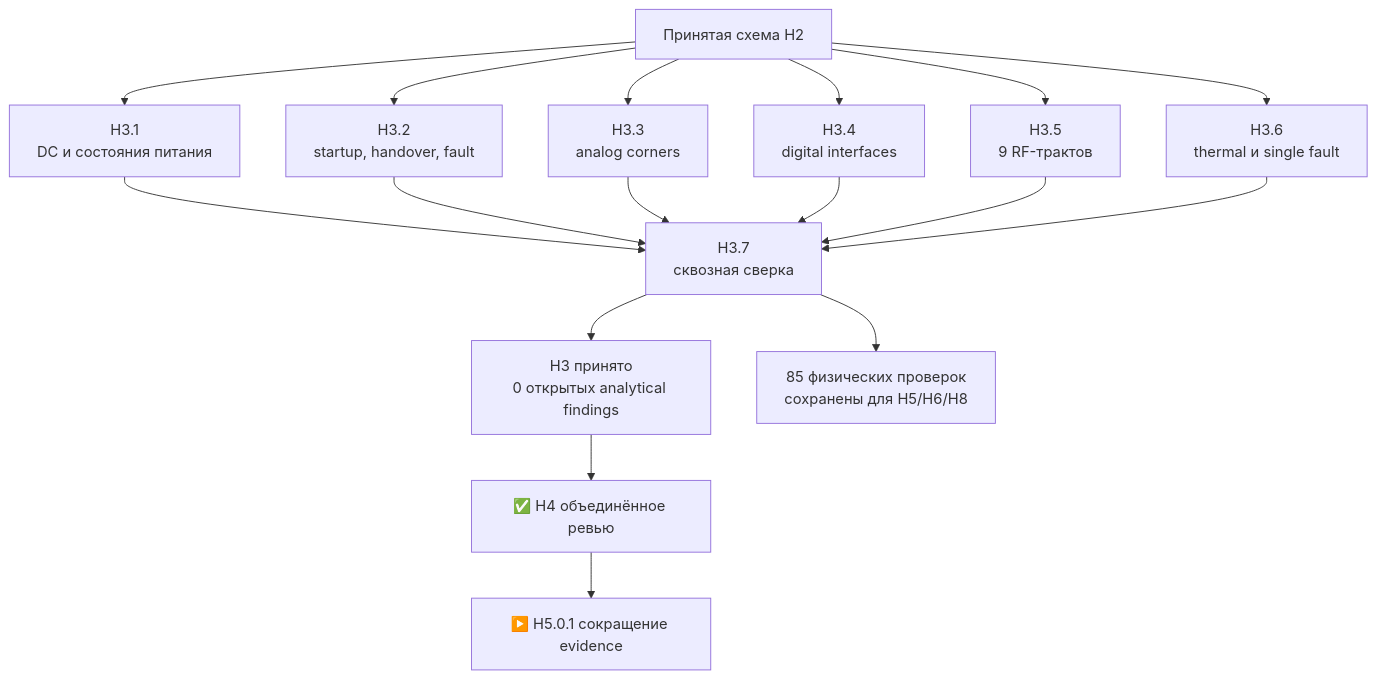
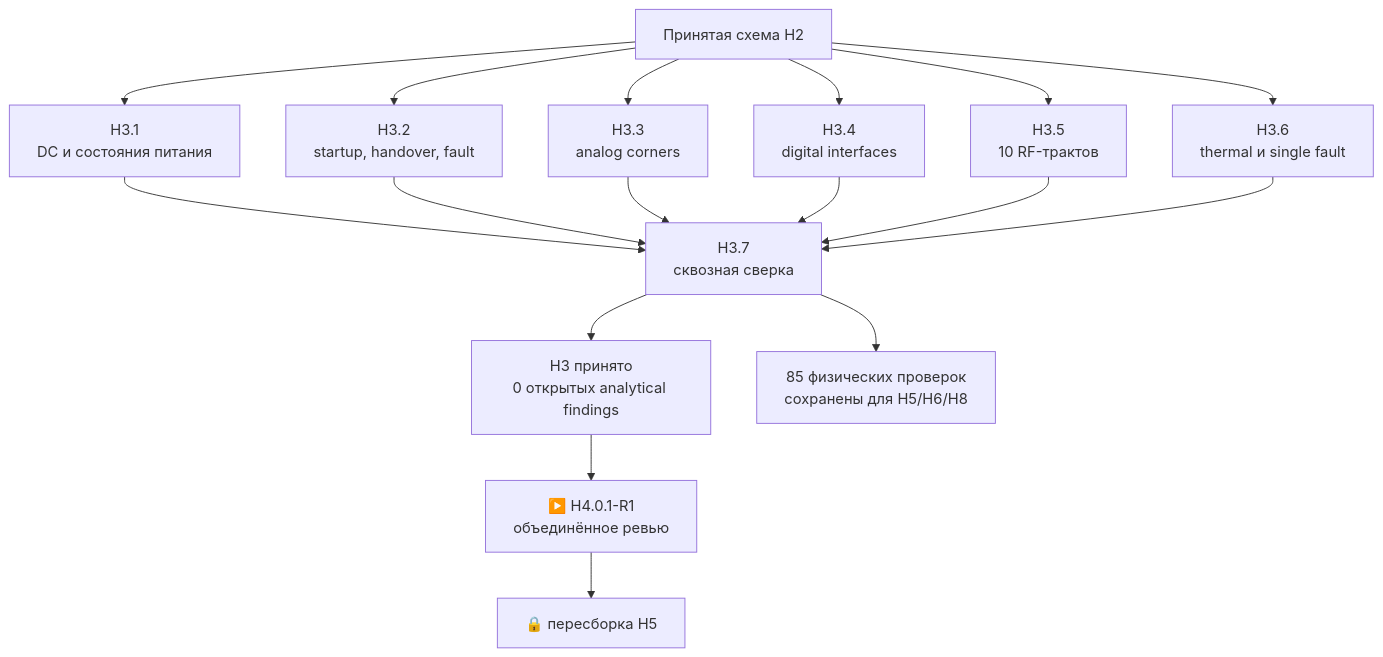
One commit to anton-vinogradov/esp32-leshy2 changed the diagram in docs/h3-acceptance.ru.md. Above: the diagram before and after it, drawn with Mermaid. The commit also changed other lines of this file and 208 other files, not shown here.

Commit message:
Reclose H2 through H4 on dual SA818S architecture

````diff
--- a/docs/h3-acceptance.ru.md
+++ b/docs/h3-acceptance.ru.md
@@ -11,18 +11,18 @@
 ```mermaid
 flowchart TB
   H2["Принятая схема H2"]
   DC["H3.1<br/>DC и состояния питания"]
   TR["H3.2<br/>startup, handover, fault"]
   AN["H3.3<br/>analog corners"]
   DI["H3.4<br/>digital interfaces"]
-  RF["H3.5<br/>9 RF-трактов"]
+  RF["H3.5<br/>10 RF-трактов"]
   SF["H3.6<br/>thermal и single fault"]
   X["H3.7<br/>сквозная сверка"]
   OK["H3 принято<br/>0 открытых analytical findings"]
   PH["85 физических проверок<br/>сохранены для H5/H6/H8"]
   H2 --> DC & TR & AN & DI & RF & SF
   DC & TR & AN & DI & RF & SF --> X --> OK
   X --> PH
-  OK --> H4["✅ H4 объединённое ревью"]
-  H4 --> H5["▶️ H5.0.1 сокращение evidence"]
+  OK --> H4["▶️ H4.0.1-R1<br/>объединённое ревью"]
+  H4 --> H5["🔒 пересборка H5"]
 ```
````
